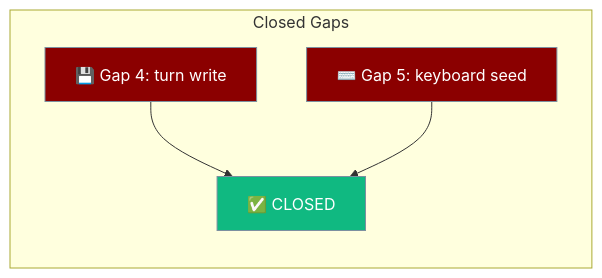
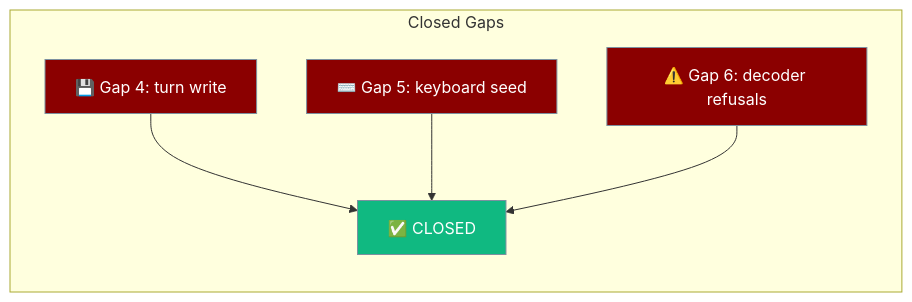
One commit to MervinPraison/PraisonAIDocs changed the second of 2 diagrams in docs/features/mobile/capabilities-and-gaps.mdx. Above: the diagram before and after it, drawn with Mermaid. The commit also changed other lines of this file and 4 other files, not shown here.

````diff
--- a/docs/features/mobile/capabilities-and-gaps.mdx
+++ b/docs/features/mobile/capabilities-and-gaps.mdx
@@ -33,13 +33,14 @@
 ```mermaid
 graph LR
     subgraph "Closed Gaps"
         G4[💾 Gap 4: turn write] --> C[✅ CLOSED]
         G5[⌨️ Gap 5: keyboard seed] --> C
+        G6[⚠️ Gap 6: decoder refusals] --> C
     end
 
     classDef gap fill:#8B0000,stroke:#7C90A0,color:#fff
     classDef done fill:#10B981,stroke:#7C90A0,color:#fff
 
-    class G4,G5 gap
+    class G4,G5,G6 gap
     class C done
 ```
````
